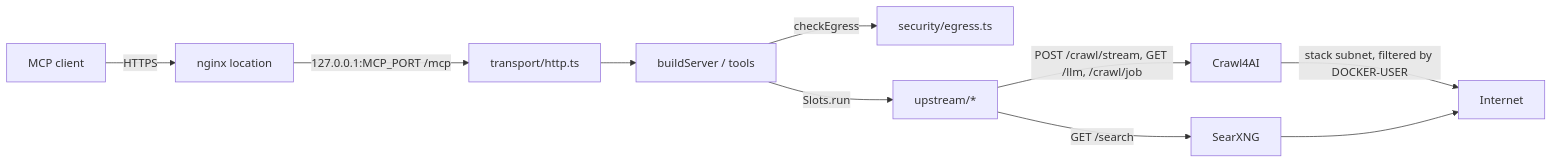
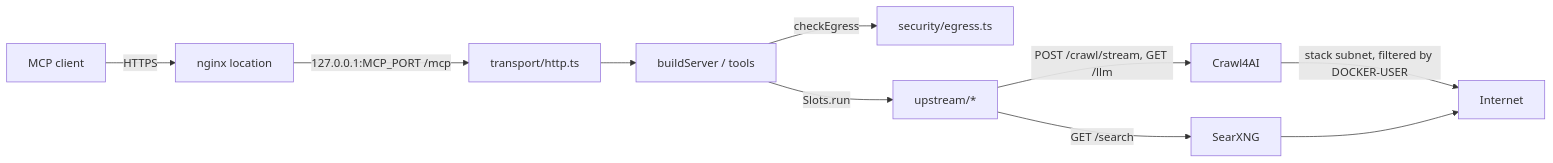
One commit to siosig/searxng-crawl4ai-mcp changed the diagram in docs/plan.md. Above: the diagram before and after it, drawn with Mermaid. The commit also changed other lines of this file and 24 other files, not shown here.

````diff
--- a/docs/plan.md
+++ b/docs/plan.md
@@ -48,12 +48,12 @@
 ```mermaid
 flowchart LR
   C[MCP client] -->|HTTPS| N[nginx location]
   N -->|127.0.0.1:MCP_PORT /mcp| H[transport/http.ts]
   H --> S[buildServer / tools]
   S -->|checkEgress| E[security/egress.ts]
   S -->|Slots.run| U[upstream/*]
   U -->|GET /search| X[SearXNG]
-  U -->|POST /crawl/stream, GET /llm, /crawl/job| K[Crawl4AI]
+  U -->|POST /crawl/stream, GET /llm| K[Crawl4AI]
   K -->|stack subnet, filtered by DOCKER-USER| W[Internet]
   X --> W
 ```
````
